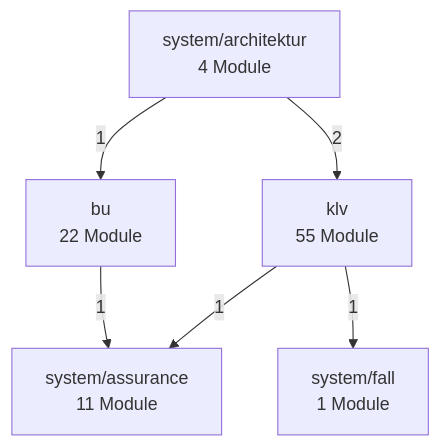
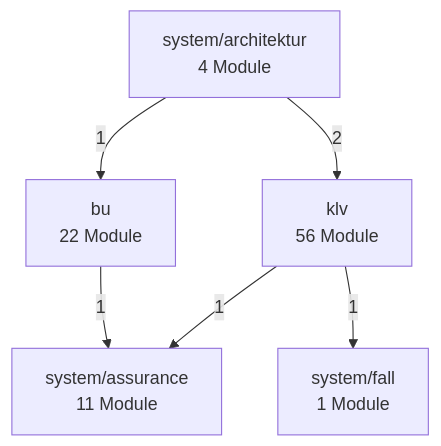
The second of 3 diagrams in docs/architektur/landkarte.md (bartlmac/rechner-pipeline), drawn with Mermaid before and after one commit. The commit also changed other lines of this file and 2 other files, not shown here.

````diff
--- a/docs/architektur/landkarte.md
+++ b/docs/architektur/landkarte.md
@@ -73,14 +73,14 @@
 ```mermaid
 %% Fachknoten — erzeugt von ontologie.landkarte
 flowchart TD
     bu["bu<br/>22 Module"]
-    klv["klv<br/>55 Module"]
+    klv["klv<br/>56 Module"]
     system_architektur["system/architektur<br/>4 Module"]
     system_assurance["system/assurance<br/>11 Module"]
     system_fall["system/fall<br/>1 Module"]
     bu -- 1 --> system_assurance
     klv -- 1 --> system_assurance
     klv -- 1 --> system_fall
     system_architektur -- 1 --> bu
     system_architektur -- 2 --> klv
 ```
````
